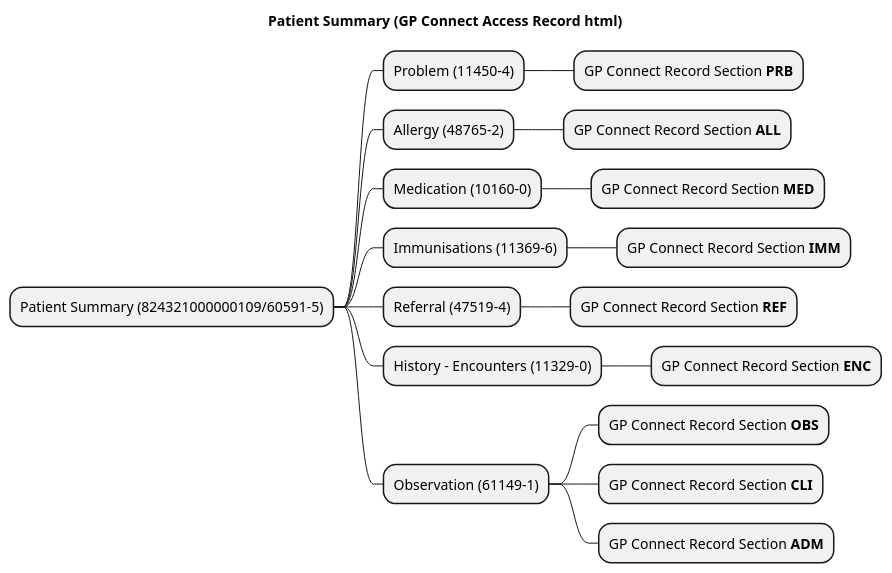
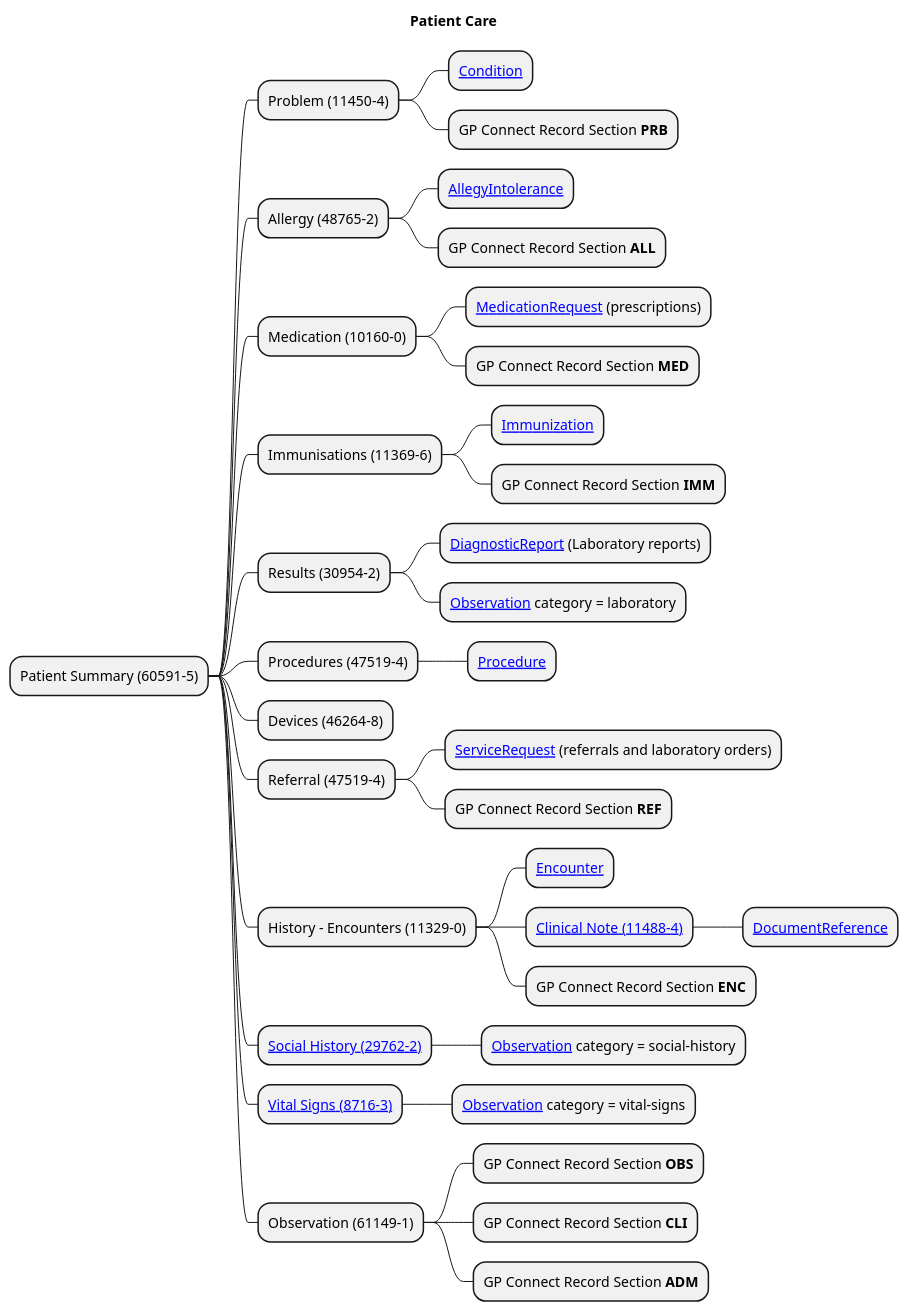
The diagram in input/images-source/patient-summary-mindmap.plantuml (Virtually-Healthcare/virtually-healthcare.github.com), drawn with PlantUML before and after one commit. The commit also changed 4 other files, not shown here.

Commit message:
Mermaid diagram

```diff
--- a/input/images-source/patient-summary-mindmap.plantuml
+++ b/input/images-source/patient-summary-mindmap.plantuml
@@ -1,23 +1,41 @@
 @startmindmap
 
-title "Patient Summary (GP Connect Access Record html)"
+title "Patient Care"
 
-* Patient Summary (824321000000109/60591-5)
+* Patient Summary (60591-5)
 ** Problem (11450-4)
+*** [[StructureDefinition-Condition.html Condition]]
 *** GP Connect Record Section **PRB**
 ** Allergy (48765-2)
+*** [[StructureDefinition-AllergyIntolerance.html AllegyIntolerance]]
 *** GP Connect Record Section **ALL**
 ** Medication (10160-0)
+*** [[StructureDefinition-MedicationRequest.html MedicationRequest]] (prescriptions)
 *** GP Connect Record Section **MED**
 ** Immunisations (11369-6)
+*** [[StructureDefinition-Immunization.html Immunization]]
 *** GP Connect Record Section **IMM**
+** Results (30954-2)
+*** [[StructureDefinition-DiagnosticReport.html DiagnosticReport]] (Laboratory reports)
+*** [[StructureDefinition-Observation.html Observation]] category = laboratory
+** Procedures (47519-4)
+*** [[StructureDefinition-Procedure.html Procedure]]
+** Devices (46264-8)
 ** Referral (47519-4)
+*** [[StructureDefinition-ServiceRequest.html ServiceRequest]] (referrals and laboratory orders)
 *** GP Connect Record Section **REF**
 ** History - Encounters (11329-0)
+*** [[StructureDefinition-Encounter.html Encounter]]
+*** [[StructureDefinition-ConsulationNote.html Clinical Note (11488-4)]]
+**** [[StructureDefinition-DocumentReference.html DocumentReference]]
 *** GP Connect Record Section **ENC**
+** [[Questionnaire-SocialContext.html Social History (29762-2)]]
+*** [[StructureDefinition-Observation.html Observation]] category = social-history
+** [[Questionnaire-VitalSigns.html Vital Signs (8716-3)]]
+*** [[StructureDefinition-Observation.html Observation]] category = vital-signs
 ** Observation (61149-1)
 *** GP Connect Record Section **OBS**
 *** GP Connect Record Section **CLI**
 *** GP Connect Record Section **ADM**
 
 @endmindmap
```
